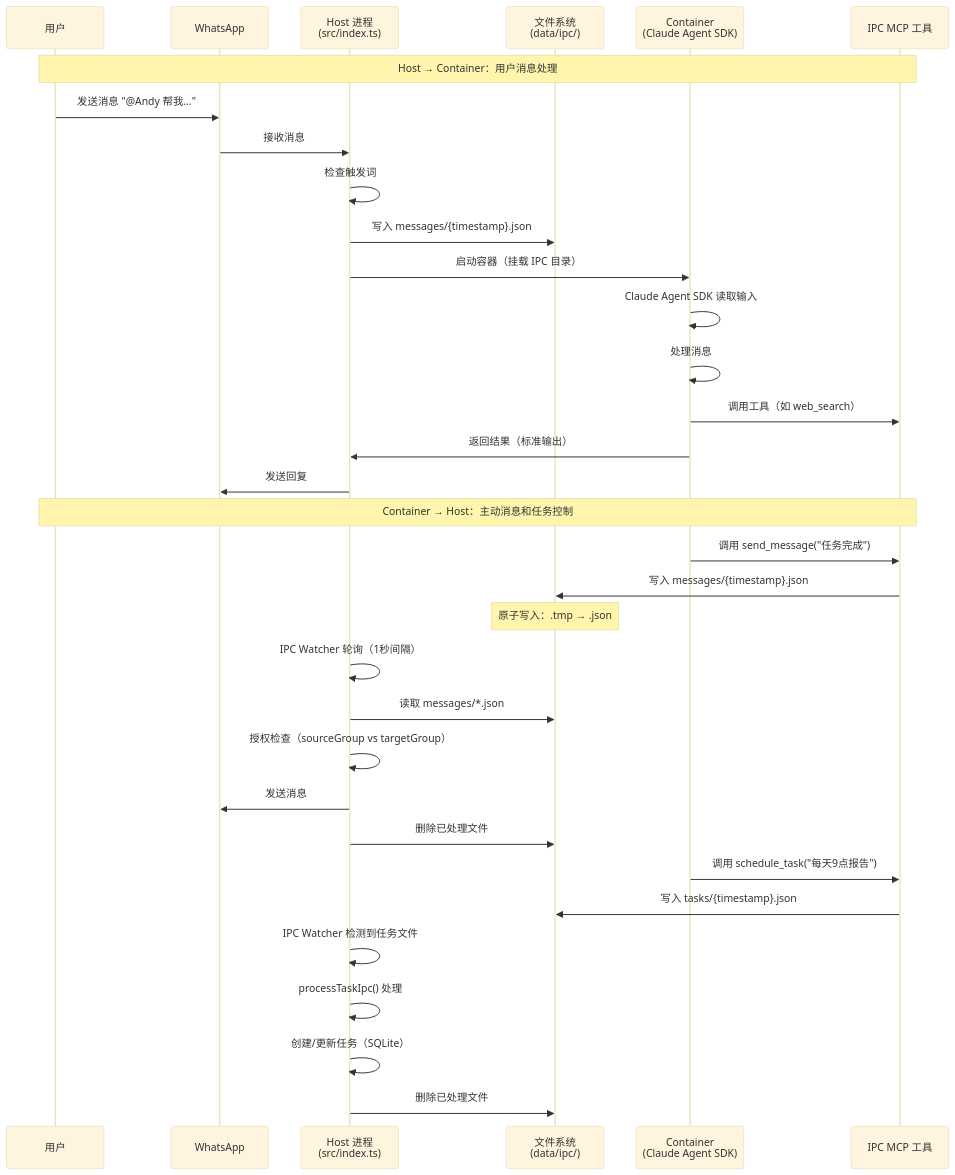
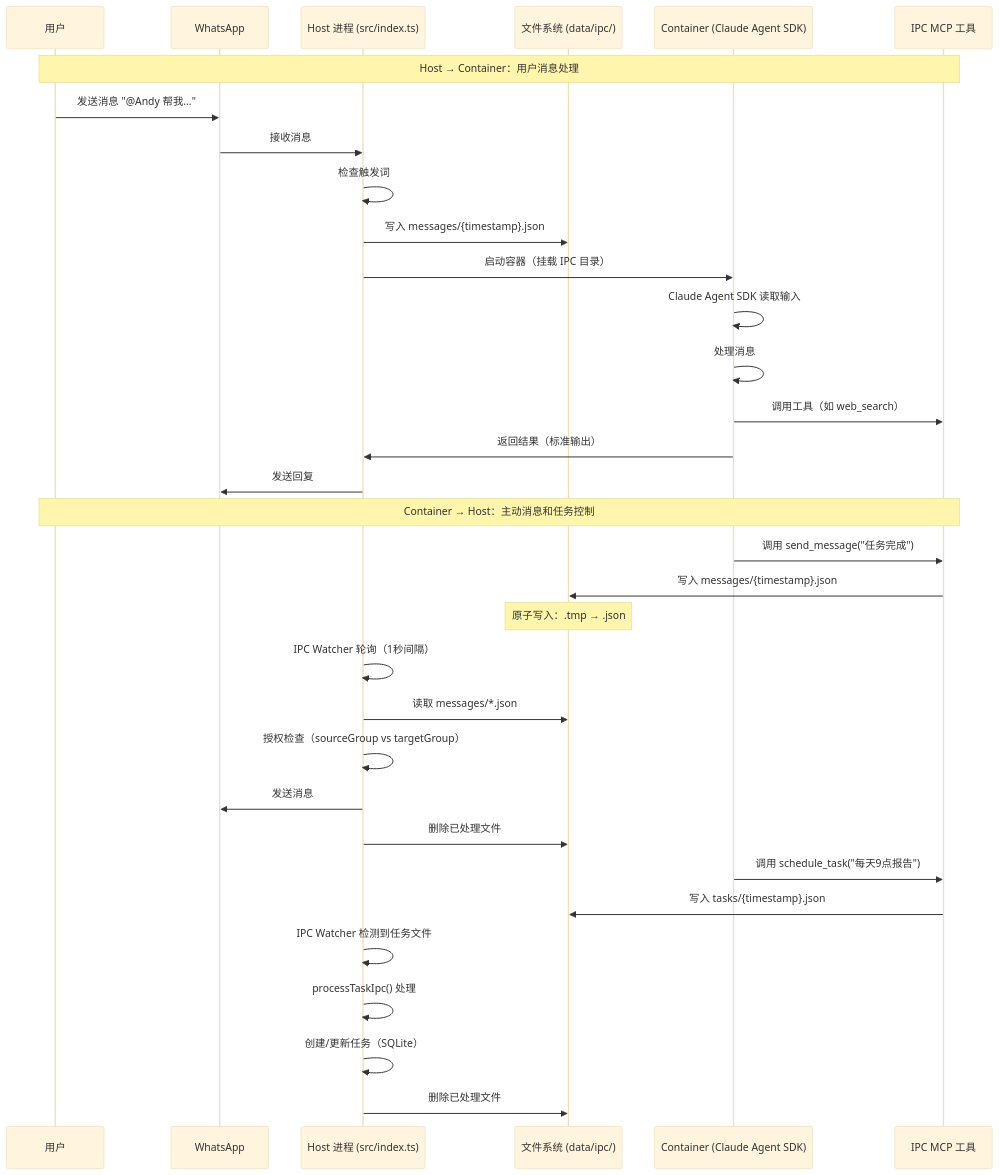
One commit to cloudyan/nanoclaw changed the diagram in analysis/14-IPC 机制深度解析.md. Above: the diagram before and after it, drawn with Mermaid (base theme). The commit also changed 14 other files, not shown here.

First line of the commit message:
docs: 修复所有Mermaid语法错误并建立CI检查流程

````diff
--- a/analysis/14-IPC 机制深度解析.md
+++ b/analysis/14-IPC 机制深度解析.md
@@ -222,40 +222,40 @@
 ```mermaid
 sequenceDiagram
     participant User as 用户
     participant WA as WhatsApp
-    participant Host as Host 进程<br/>(src/index.ts)
-    participant FS as 文件系统<br/>(data/ipc/)
-    participant Container as Container<br/>(Claude Agent SDK)
+    participant Host as Host 进程 (src/index.ts)
+    participant FS as 文件系统 (data/ipc/)
+    participant Container as Container (Claude Agent SDK)
     participant MCP as IPC MCP 工具
 
     Note over User, MCP: Host → Container：用户消息处理
 
     User->>WA: 发送消息 "@Andy 帮我..."
     WA->>Host: 接收消息
     Host->>Host: 检查触发词
     Host->>FS: 写入 messages/{timestamp}.json
     Host->>Container: 启动容器（挂载 IPC 目录）
     Container->>Container: Claude Agent SDK 读取输入
     Container->>Container: 处理消息
     Container->>MCP: 调用工具（如 web_search）
     Container->>Host: 返回结果（标准输出）
     Host->>WA: 发送回复
 
     Note over User, MCP: Container → Host：主动消息和任务控制
 
     Container->>MCP: 调用 send_message("任务完成")
     MCP->>FS: 写入 messages/{timestamp}.json
     Note over FS: 原子写入：.tmp → .json
     Host->>Host: IPC Watcher 轮询（1秒间隔）
     Host->>FS: 读取 messages/*.json
     Host->>Host: 授权检查（sourceGroup vs targetGroup）
     Host->>WA: 发送消息
     Host->>FS: 删除已处理文件
 
     Container->>MCP: 调用 schedule_task("每天9点报告")
     MCP->>FS: 写入 tasks/{timestamp}.json
     Host->>Host: IPC Watcher 检测到任务文件
     Host->>Host: processTaskIpc() 处理
     Host->>Host: 创建/更新任务（SQLite）
     Host->>FS: 删除已处理文件
 ```
````
